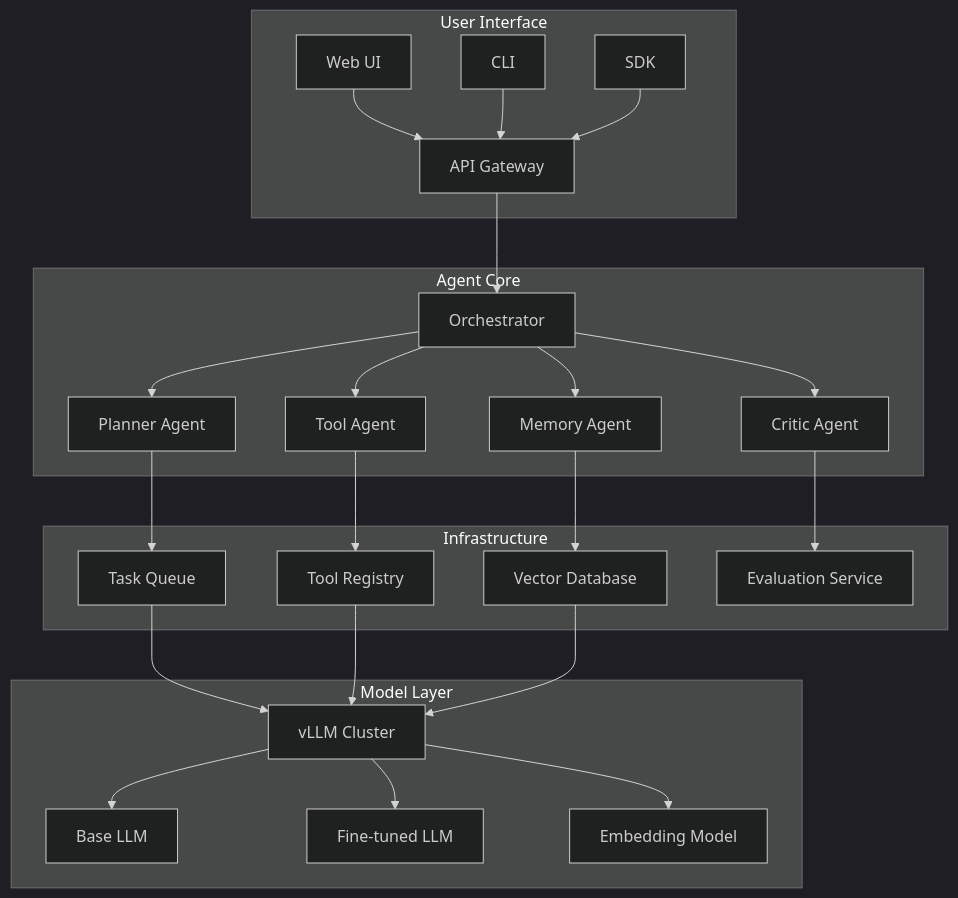
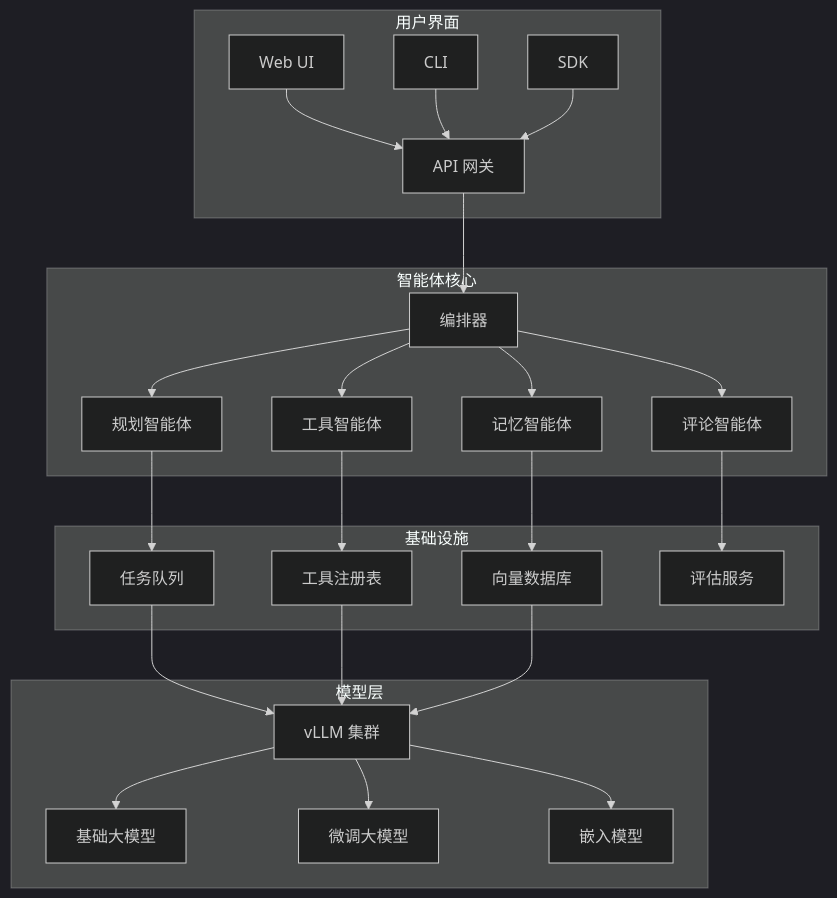
Before and after one commit to Ylin97/team_portfolio: the diagram in docs/projects/agent-platform.md, drawn with Mermaid (dark theme). The commit also changed other lines of this file and 9 other files, not shown here.

````diff
--- a/docs/projects/agent-platform.md
+++ b/docs/projects/agent-platform.md
@@ -31,32 +31,32 @@
 ```mermaid
 graph TB
-    subgraph User Interface
-        A[Web UI] --> B[API Gateway]
+    subgraph 用户界面
+        A[Web UI] --> B[API 网关]
         C[CLI] --> B
         D[SDK] --> B
     end
     
-    subgraph Agent Core
-        B --> E[Orchestrator]
-        E --> F[Planner Agent]
-        E --> G[Tool Agent]
-        E --> H[Memory Agent]
-        E --> I[Critic Agent]
+    subgraph 智能体核心
+        B --> E[编排器]
+        E --> F[规划智能体]
+        E --> G[工具智能体]
+        E --> H[记忆智能体]
+        E --> I[评论智能体]
     end
     
-    subgraph Infrastructure
-        F --> J[Task Queue]
-        G --> K[Tool Registry]
-        H --> L[Vector Database]
-        I --> M[Evaluation Service]
+    subgraph 基础设施
+        F --> J[任务队列]
+        G --> K[工具注册表]
+        H --> L[向量数据库]
+        I --> M[评估服务]
     end
     
-    subgraph Model Layer
-        J --> N[vLLM Cluster]
+    subgraph 模型层
+        J --> N[vLLM 集群]
         K --> N
         L --> N
-        N --> O[Base LLM]
-        N --> P[Fine-tuned LLM]
-        N --> Q[Embedding Model]
+        N --> O[基础大模型]
+        N --> P[微调大模型]
+        N --> Q[嵌入模型]
     end
 ```
````
